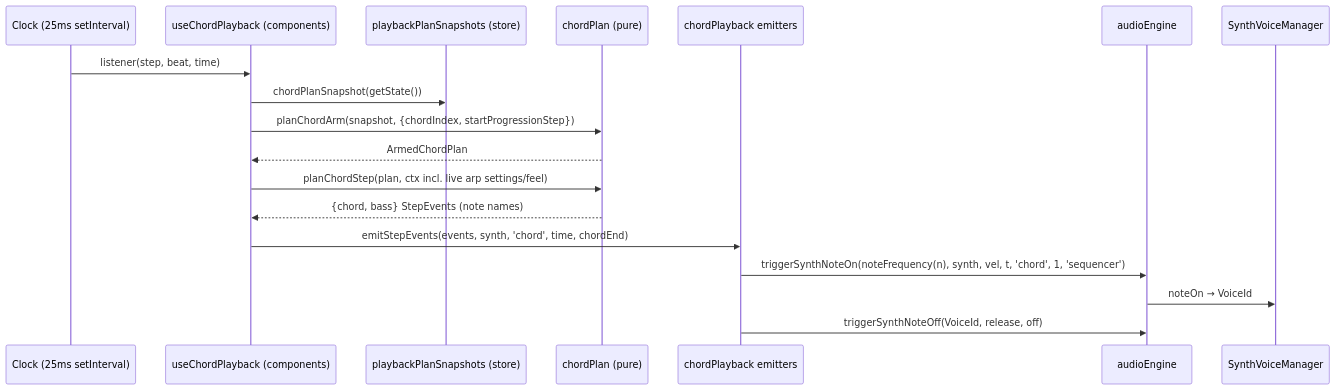
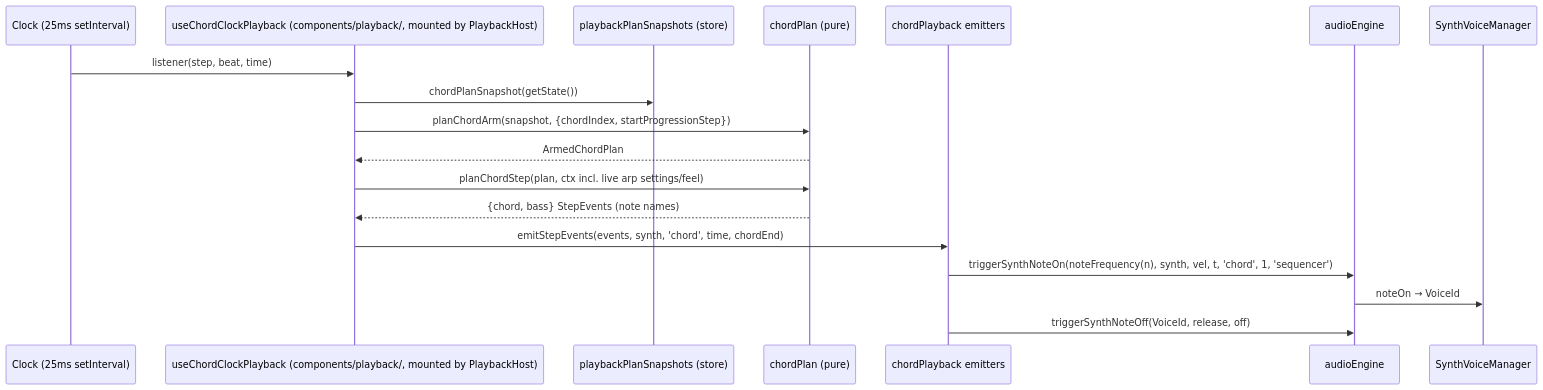
One commit to themiddnight/solna changed the second of 3 diagrams in docs/architecture/structure/03-audio.md. Above: the diagram before and after it, drawn with Mermaid. The commit also changed other lines of this file and 14 other files, not shown here.

Commit message:
docs: ADR-0039 PlaybackHost, rules R312-R314 (DEV-422)

````diff
--- a/docs/architecture/structure/03-audio.md
+++ b/docs/architecture/structure/03-audio.md
@@ -284,20 +286,20 @@
 ```mermaid
 sequenceDiagram
   participant Clk as Clock (25ms setInterval)
-  participant Hook as useChordPlayback (components)
+  participant Hook as useChordClockPlayback (components/playback/, mounted by PlaybackHost)
   participant Snap as playbackPlanSnapshots (store)
   participant Plan as chordPlan (pure)
   participant CP as chordPlayback emitters
   participant Eng as audioEngine
   participant VM as SynthVoiceManager
   Clk->>Hook: listener(step, beat, time)
   Hook->>Snap: chordPlanSnapshot(getState())
   Hook->>Plan: planChordArm(snapshot, {chordIndex, startProgressionStep})
   Plan-->>Hook: ArmedChordPlan
   Hook->>Plan: planChordStep(plan, ctx incl. live arp settings/feel)
   Plan-->>Hook: {chord, bass} StepEvents (note names)
   Hook->>CP: emitStepEvents(events, synth, 'chord', time, chordEnd)
   CP->>Eng: triggerSynthNoteOn(noteFrequency(n), synth, vel, t, 'chord', 1, 'sequencer')
   Eng->>VM: noteOn → VoiceId
   CP->>Eng: triggerSynthNoteOff(VoiceId, release, off)
 ```
````
